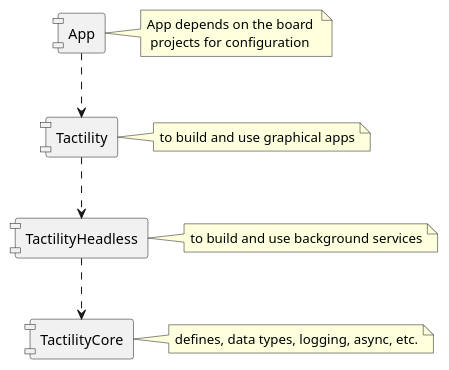
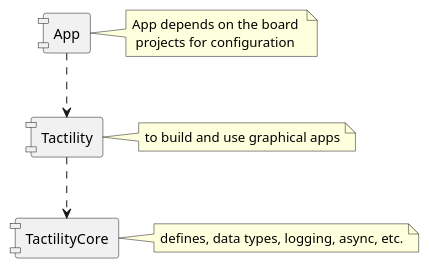
One commit to ByteWelder/Tactility changed the diagram in Documentation/project-structure.puml. Above: the diagram before and after it, drawn with PlantUML. The commit also changed 112 other files, not shown here.

Commit message:
Merge TactilityHeadless into Tactility

```diff
--- a/Documentation/project-structure.puml
+++ b/Documentation/project-structure.puml
@@ -1,19 +1,16 @@
 @startuml
 skinparam componentStyle uml1
 
 [Tactility] as t
 note right of t : to build and use graphical apps
-[TactilityHeadless] as theadless
-note right of theadless : to build and use background services
 [TactilityCore] as tcore
 note right of tcore : defines, data types, logging, async, etc.
 
 [App] as app
 
 note right of app : App depends on the board \n projects for configuration
 
 [app] ..> [t]
-[t] ..> [theadless]
-[theadless] ..> [tcore]
+[t] ..> [tcore]
 
 @enduml
```
